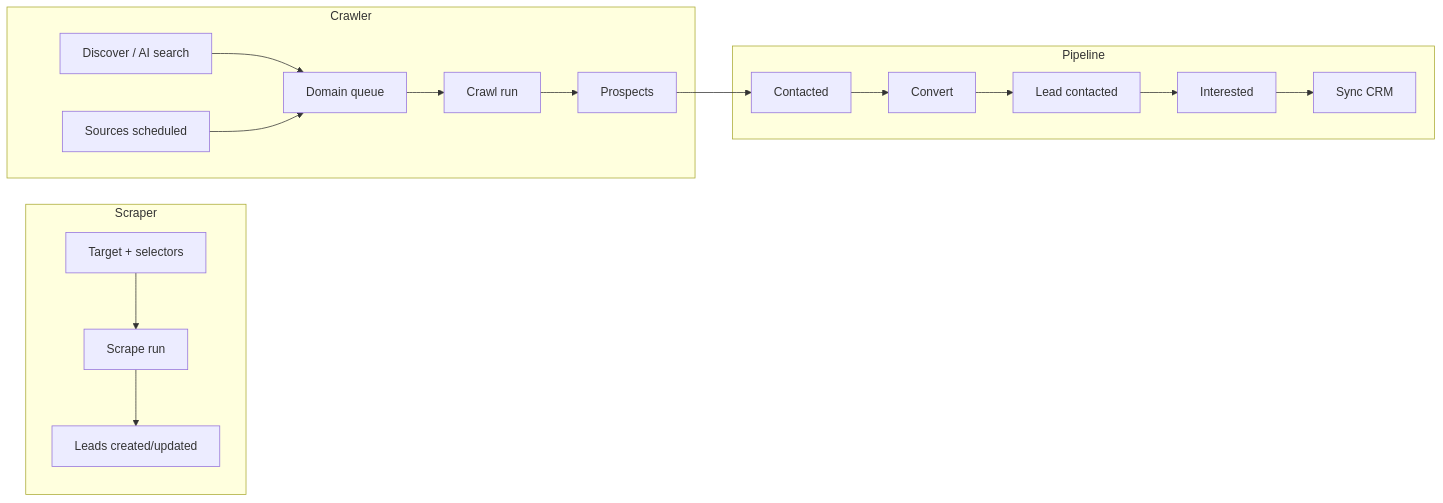
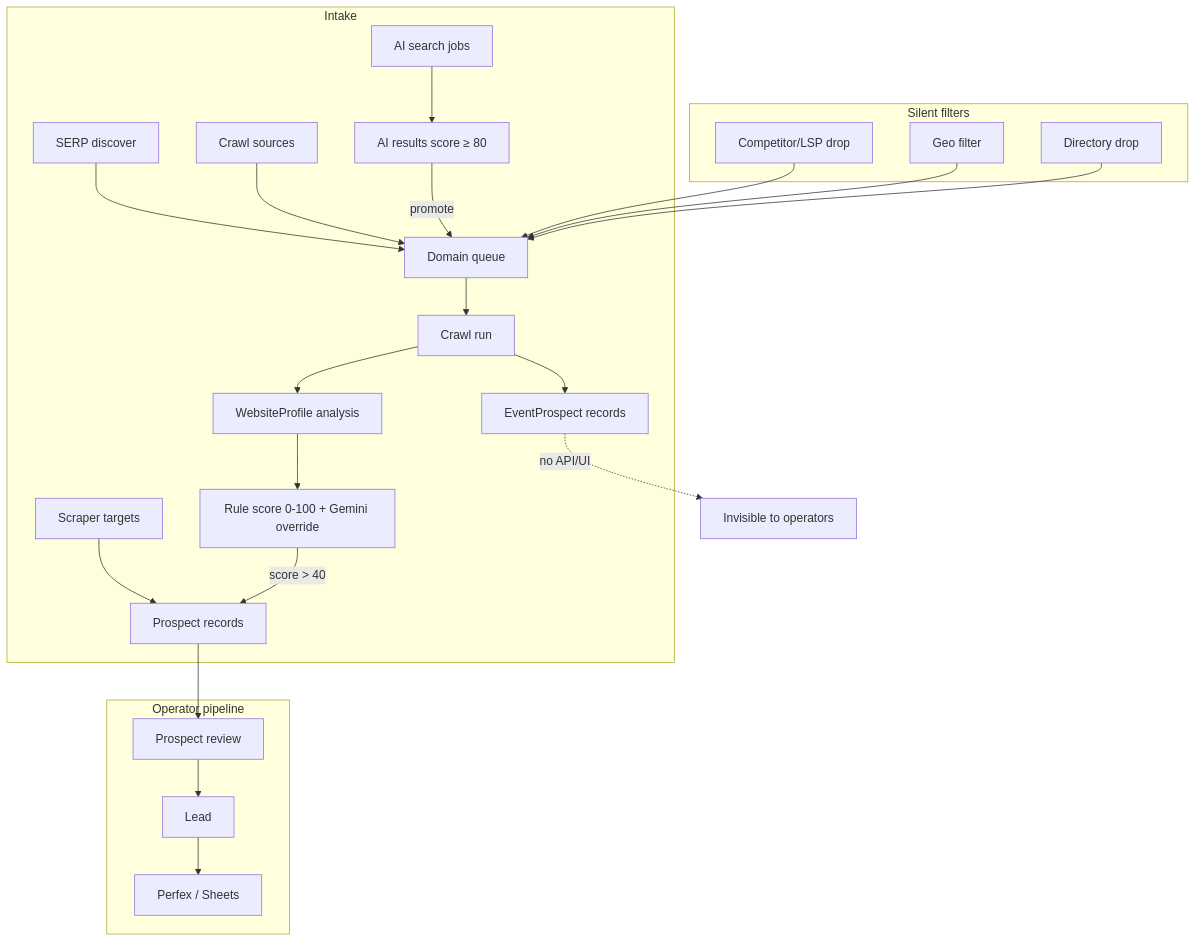
Before and after one commit to Erick-Ochieng56/date_scraping: the diagram in frontend/rework.md, drawn with Mermaid. The commit also changed other lines of this file and 126 other files, not shown here.

````diff
--- a/frontend/rework.md
+++ b/frontend/rework.md
@@ -533,22 +91,30 @@
 ```mermaid
-flowchart LR
-  subgraph scraper [Scraper]
-    T[Target + selectors] --> SR[Scrape run]
-    SR --> L[Leads created/updated]
+flowchart TB
+  subgraph intake [Intake]
+    SCR[Scraper targets] --> SP[Prospect records]
+    SERP[SERP discover] --> DD[Domain queue]
+    AI[AI search jobs] --> AIR[AI results score ≥ 80]
+    CS[Crawl sources] --> DD
+    AIR -->|promote| DD
+    DD --> CR[Crawl run]
+    CR --> WP[WebsiteProfile analysis]
+    WP --> SC[Rule score 0-100 + Gemini override]
+    SC -->|score > 40| SP
+    CR --> EP[EventProspect records]
   end
 
-  subgraph crawler [Crawler]
-    D[Discover / AI search] --> Q[Domain queue]
-    S[Sources scheduled] --> Q
-    Q --> CR[Crawl run]
-    CR --> P[Prospects]
+  subgraph filters [Silent filters]
+    COMP[Competitor/LSP drop]
+    GEO[Geo filter]
+    DIR[Directory drop]
+    COMP & GEO & DIR --> DD
   end
 
-  subgraph pipeline [Pipeline]
-    P --> PC[Contacted]
-    PC --> CV[Convert]
-    CV --> LD[Lead contacted]
-    LD --> IN[Interested]
-    IN --> CRM[Sync CRM]
+  subgraph pipeline [Operator pipeline]
+    SP --> REV[Prospect review]
+    REV --> LD[Lead]
+    LD --> CRM[Perfex / Sheets]
   end
+
+  EP -.->|no API/UI| X[Invisible to operators]
 ```
````
